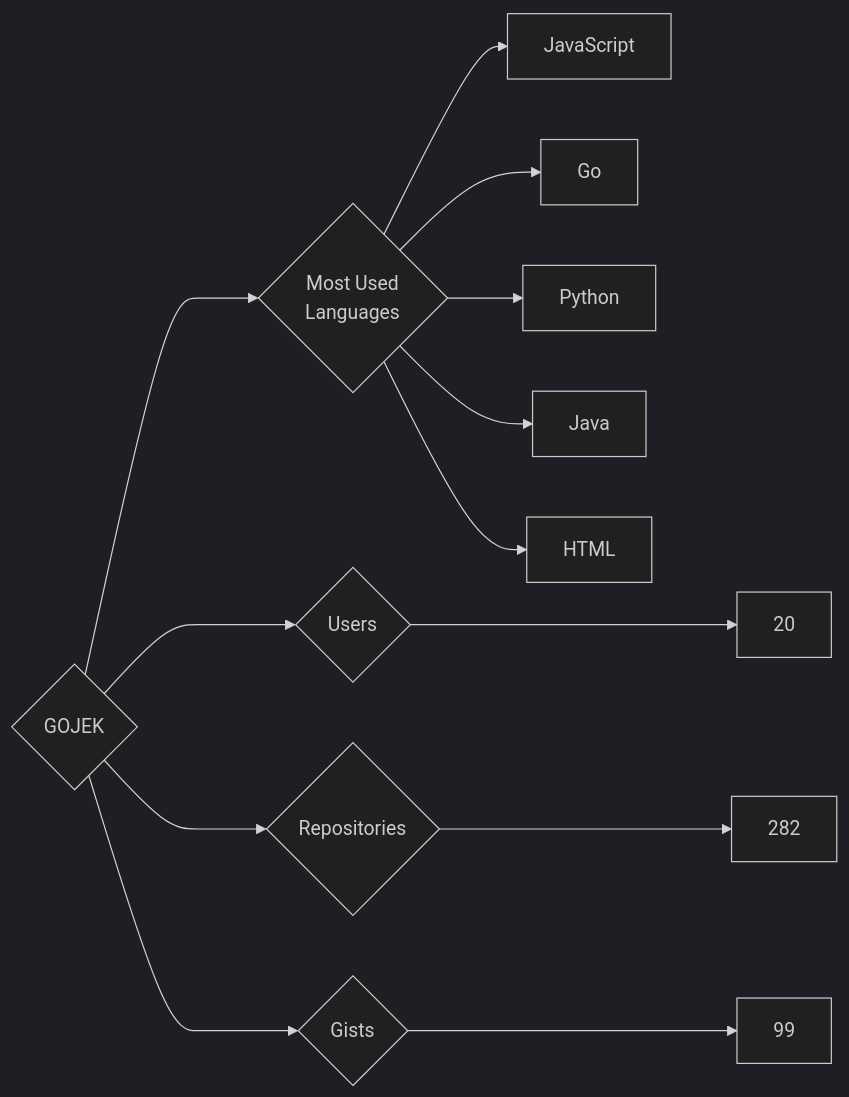
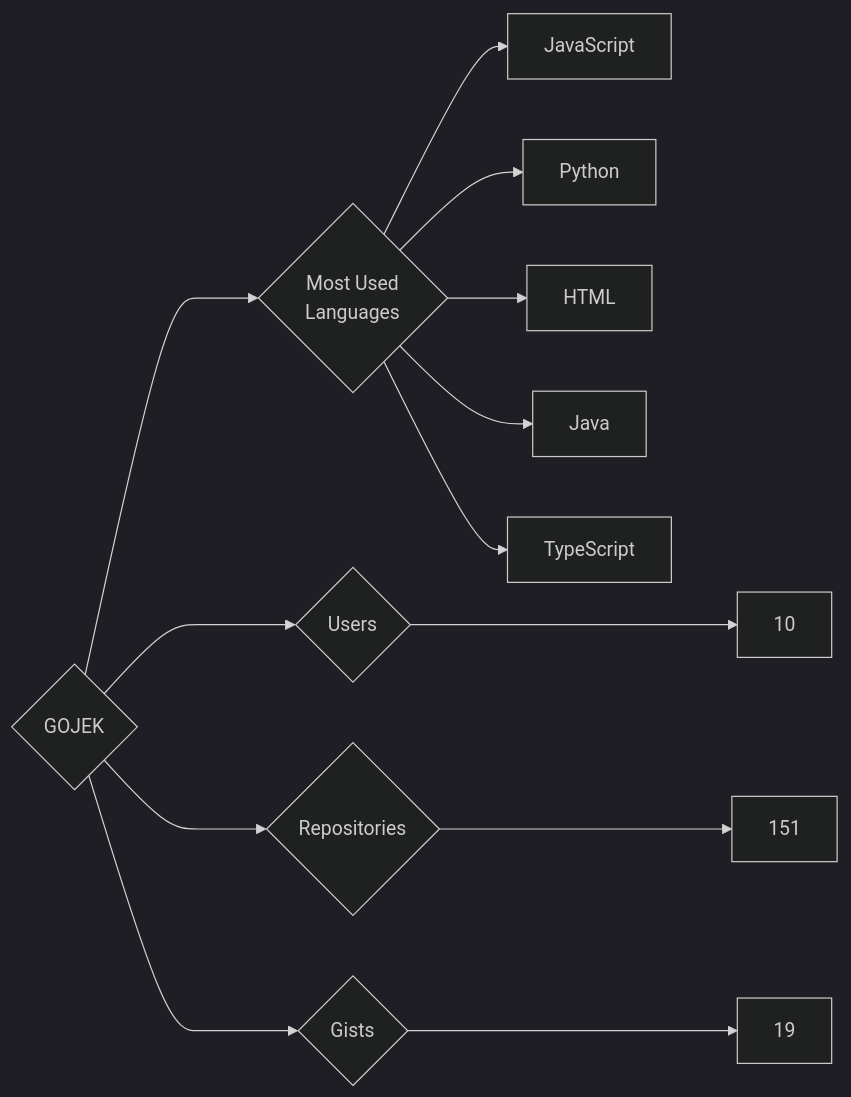
Before and after one commit to trickest/insiders: the diagram in targets/GOJEK/README.md, drawn with Mermaid (dark theme). The commit also changed 934 other files, not shown here.

````diff
--- a/targets/GOJEK/README.md
+++ b/targets/GOJEK/README.md
@@ -3,13 +3,13 @@
 ```mermaid
 graph LR
 COMPANY_NAME{GOJEK}
-COMPANY_NAME ---> U{Users} ---> UN[20]
-COMPANY_NAME ---> R{Repositories} ---> RN[282]
-COMPANY_NAME ---> G{Gists} ---> GN[99]
+COMPANY_NAME ---> U{Users} ---> UN[10]
+COMPANY_NAME ---> R{Repositories} ---> RN[151]
+COMPANY_NAME ---> G{Gists} ---> GN[19]
 COMPANY_NAME ---> ML{Most Used<br>Languages}
 ML --> JavaScript[JavaScript]
-ML --> Go[Go]
 ML --> Python[Python]
+ML --> HTML[HTML]
 ML --> Java[Java]
-ML --> HTML[HTML]
+ML --> TypeScript[TypeScript]
 ```
````
